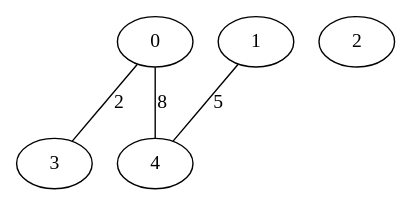
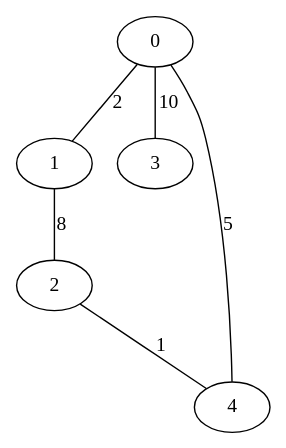
Before and after one commit to nand1nha/Tecnica-de-programacao-avancada: the diagram in grafo-com-peso/grafo.dot, drawn with Graphviz. The commit also changed 3 other files, not shown here.

```diff
--- a/grafo-com-peso/grafo.dot
+++ b/grafo-com-peso/grafo.dot
@@ -1,10 +1,12 @@
 graph G {
   0;
   1;
   2;
   3;
   4;
-  0 -- 3 [label=2,weight=2];
-  0 -- 4 [label=8,weight=8];
-  1 -- 4 [label=5,weight=5];
+  0 -- 1 [label=2,weight=2];
+  0 -- 4 [label=5,weight=5];
+  0 -- 3 [label=10,weight=10];
+  1 -- 2 [label=8,weight=8];
+  2 -- 4 [label=1,weight=1];
 }
```
